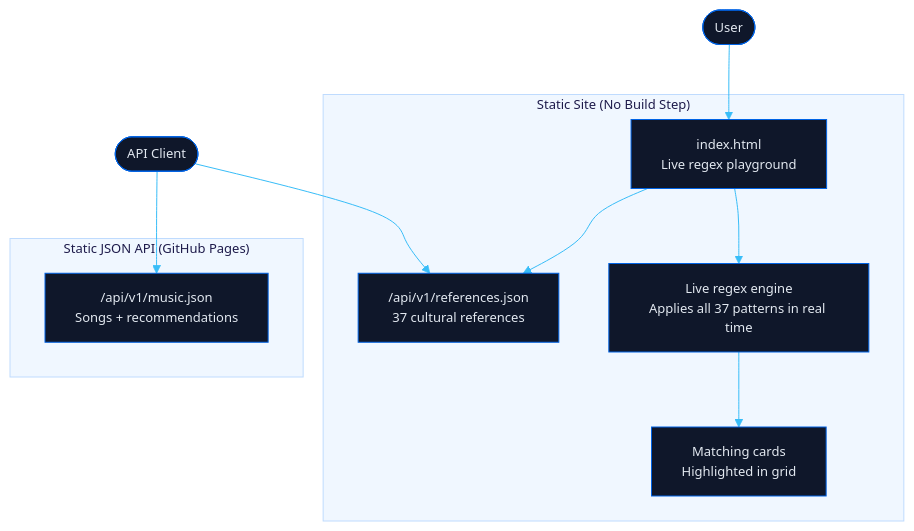
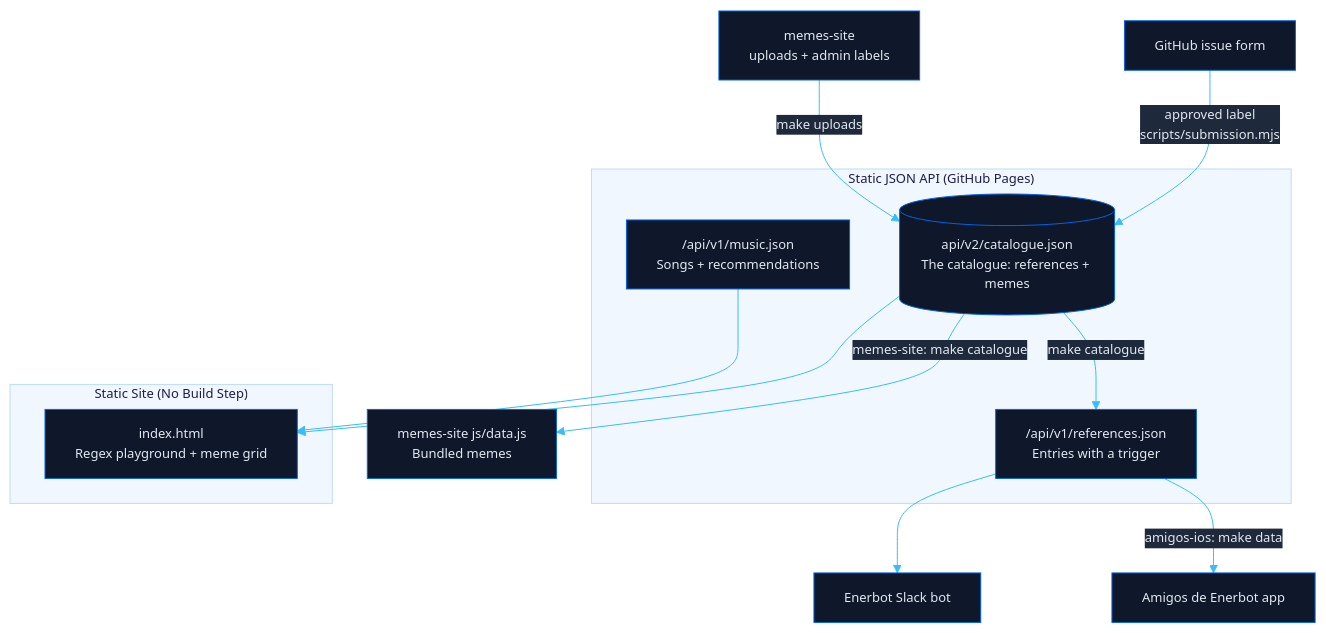
Before and after one commit to energon-a-secas/references-site: the diagram in docs/architecture.mmd, drawn with Mermaid. The commit also changed 3 other files, not shown here.

```diff
--- a/docs/architecture.mmd
+++ b/docs/architecture.mmd
@@ -1,35 +1,40 @@
 ---
 config:
+  look: classic
   theme: base
   themeVariables:
     primaryColor: "#0f172a"
     primaryTextColor: "#e2e8f0"
     primaryBorderColor: "#0063e5"
     lineColor: "#38bdf8"
     secondaryColor: "#1e293b"
     tertiaryColor: "#1e293b"
     clusterBkg: "#f0f7ff"
     clusterBorder: "#bfdbfe"
-    edgeLabelBackground: "#e8f0ff"
+    edgeLabelBackground: "#1e293b"
     mainBkg: "#0f172a"
     nodeBorder: "#0063e5"
     titleColor: "#1e1b4b"
     fontFamily: "ui-sans-serif, system-ui, -apple-system, sans-serif"
     fontSize: "13px"
 ---
 
 flowchart TB
-    User([User]) --> Frontend["index.html\nLive regex playground"]
-    APIClient([API Client]) --> API1["/api/v1/references.json\n37 cultural references"]
-    APIClient --> API2["/api/v1/music.json\nSongs + recommendations"]
+    Form["GitHub issue form"] -->|"approved label<br>scripts/submission.mjs"| Catalogue
+    Vault["memes-site<br>uploads + admin labels"] -->|"make uploads"| Catalogue
+
+    subgraph DataLayer["Static JSON API (GitHub Pages)"]
+        Catalogue[("api/v2/catalogue.json<br>The catalogue: references + memes")]
+        Catalogue -->|"make catalogue"| API1["/api/v1/references.json<br>Entries with a trigger"]
+        API2["/api/v1/music.json<br>Songs + recommendations"]
+    end
 
     subgraph App["Static Site (No Build Step)"]
-        Frontend --> Matcher["Live regex engine\nApplies all 37 patterns in real time"]
-        Frontend --> API1
-        Matcher --> Cards["Matching cards\nHighlighted in grid"]
+        Frontend["index.html<br>Regex playground + meme grid"]
     end
 
-    subgraph DataLayer["Static JSON API (GitHub Pages)"]
-        API1
-        API2
-    end
+    Catalogue --> Frontend
+    API2 --> Frontend
+    API1 --> Bot["Enerbot Slack bot"]
+    API1 -->|"amigos-ios: make data"| Amigos["Amigos de Enerbot app"]
+    Catalogue -->|"memes-site: make catalogue"| MemesData["memes-site js/data.js<br>Bundled memes"]
```
